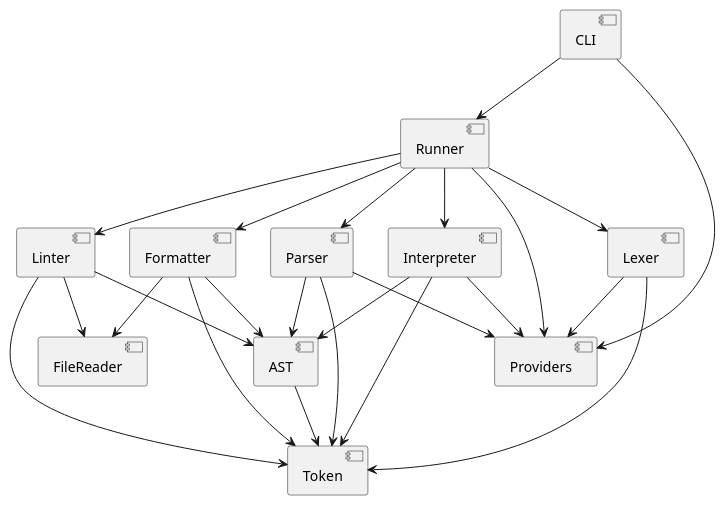
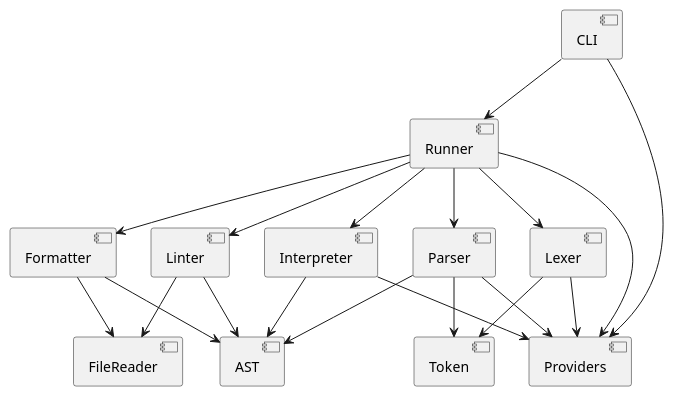
Before and after one commit to ingsis-group-11/printScript: the diagram in Modules.puml, drawn with PlantUML. The commit also changed 9 other files, not shown here.

Commit message:
Fixed parser error. Re-arranged UML modules diagram.

```diff
--- a/Modules.puml
+++ b/Modules.puml
@@ -1,57 +1,53 @@
 @startuml
 
 component Token
 component FileReader
 component Providers
 
 component AST {
-    [AST] --> Token
 }
 
 component Parser {
     [Parser] --> Token
     [Parser] --> AST
     [Parser] --> Providers
 }
 
 component Lexer {
     [Lexer] --> Token
     [Lexer] --> Providers
 }
 
 component Formatter {
-    [Formatter] --> Token
     [Formatter] --> AST
     [Formatter] --> FileReader
 }
 
 component Interpreter {
     [Interpreter] --> AST
-    [Interpreter] --> Token
     [Interpreter] --> Providers
 }
 
 component Linter {
-    [Linter] --> Token
     [Linter] --> AST
     [Linter] --> FileReader
 }
 
 component Runner {
     [Runner] --> Lexer
     [Runner] --> Parser
     [Runner] --> Interpreter
     [Runner] --> Formatter
     [Runner] --> Providers
     [Runner] --> Linter
 }
 
 component CLI {
     [CLI] --> Runner
     [CLI] --> Providers
 }
 
 left to right direction
 top to bottom direction
 
 @enduml
```
